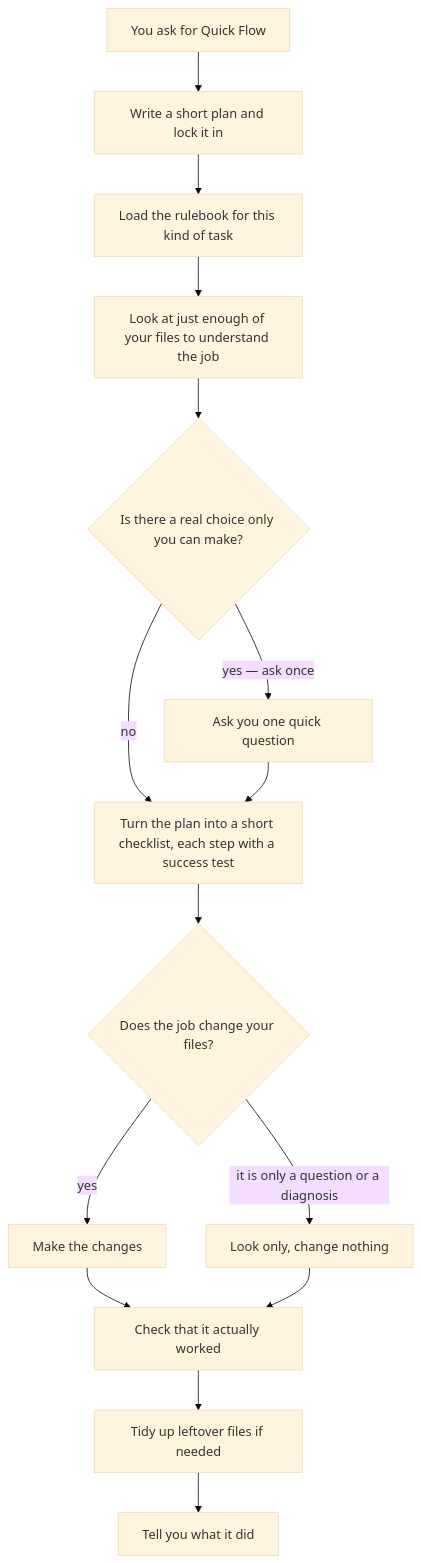
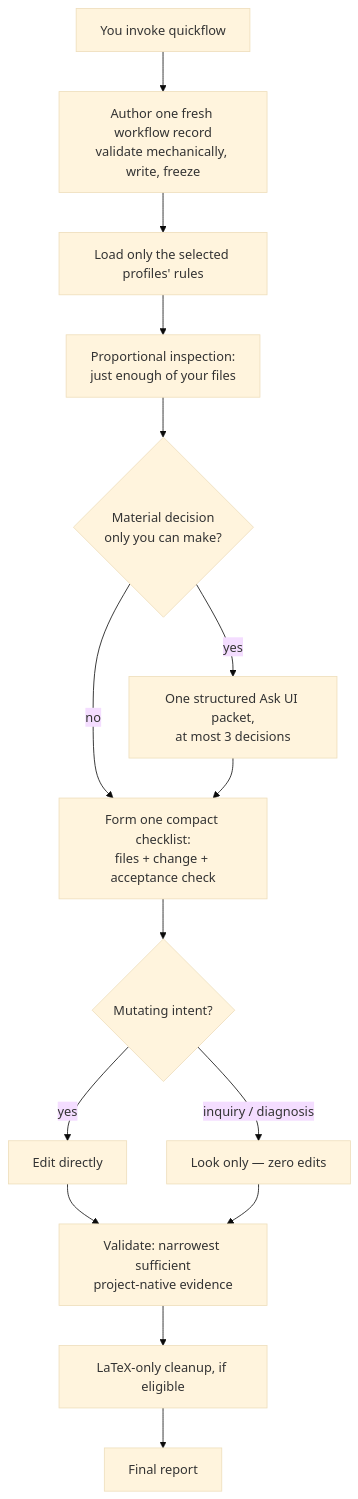
One commit to xzhang17/quickflow changed the diagram in README.md. Above: the diagram before and after it, drawn with Mermaid (base theme). The commit also changed other lines of this file, not shown here.

````diff
--- a/README.md
+++ b/README.md
@@ -71,17 +57,17 @@
 ```mermaid
 flowchart TD
-    A[You ask for Quick Flow] --> B[Write a short plan and lock it in]
-    B --> C[Load the rulebook for this kind of task]
-    C --> D[Look at just enough of your files to understand the job]
-    D --> E{Is there a real choice only you can make?}
-    E -->|yes — ask once| F[Ask you one quick question]
+    A[You invoke quickflow] --> B[Author one fresh workflow record<br/>validate mechanically, write, freeze]
+    B --> C[Load only the selected profiles' rules]
+    C --> D[Proportional inspection:<br/>just enough of your files]
+    D --> E{Material decision<br/>only you can make?}
+    E -->|yes| F[One structured Ask UI packet,<br/>at most 3 decisions]
     E -->|no| G
-    F --> G[Turn the plan into a short checklist, each step with a success test]
-    G --> H{Does the job change your files?}
-    H -->|yes| I[Make the changes]
-    H -->|it is only a question or a diagnosis| J[Look only, change nothing]
-    I --> K[Check that it actually worked]
+    F --> G[Form one compact checklist:<br/>files + change + acceptance check]
+    G --> H{Mutating intent?}
+    H -->|yes| I[Edit directly]
+    H -->|inquiry / diagnosis| J[Look only — zero edits]
+    I --> K[Validate: narrowest sufficient<br/>project-native evidence]
     J --> K
-    K --> L[Tidy up leftover files if needed]
-    L --> M[Tell you what it did]
+    K --> L[LaTeX-only cleanup, if eligible]
+    L --> M[Final report]
 ```
````
